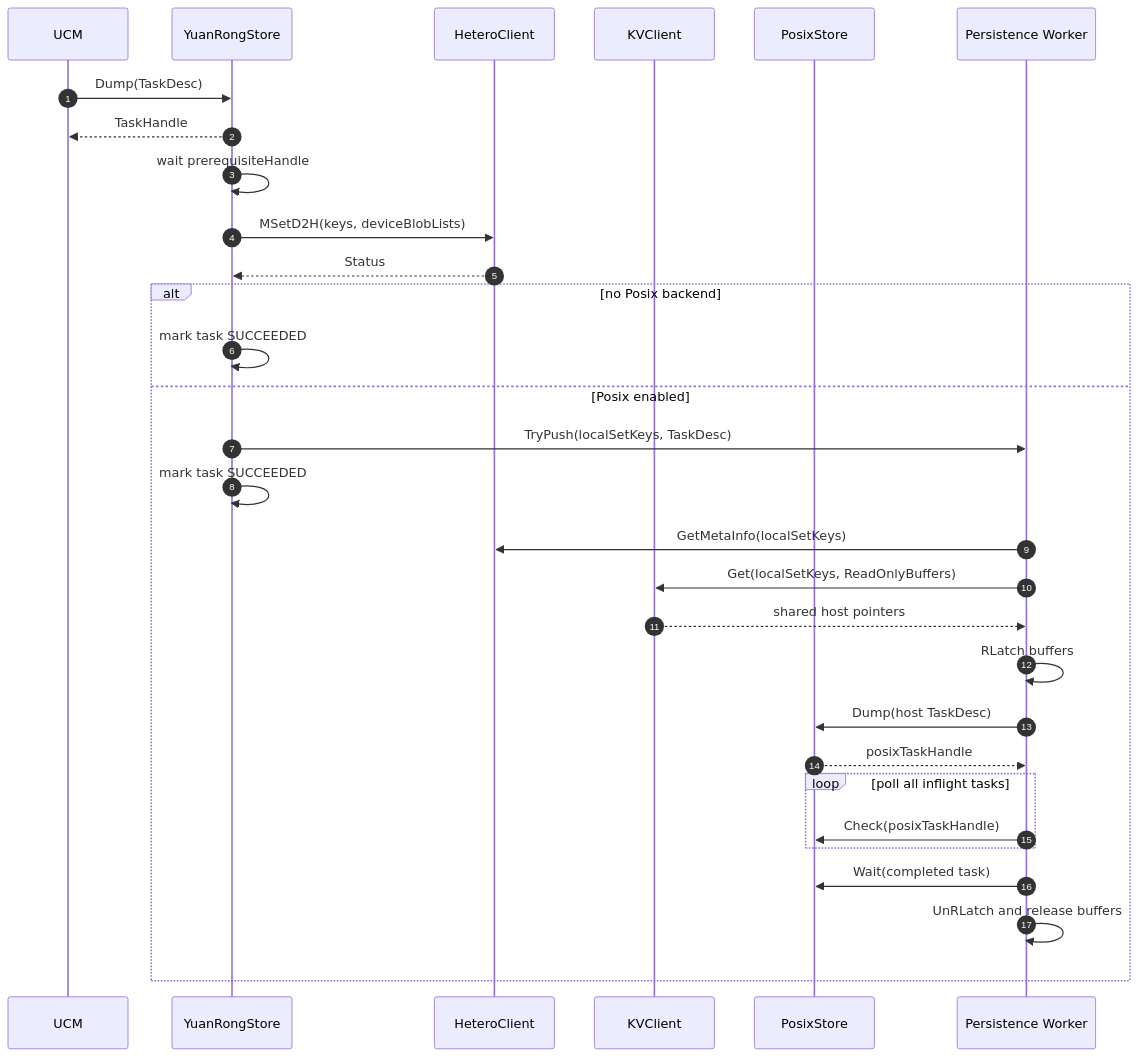
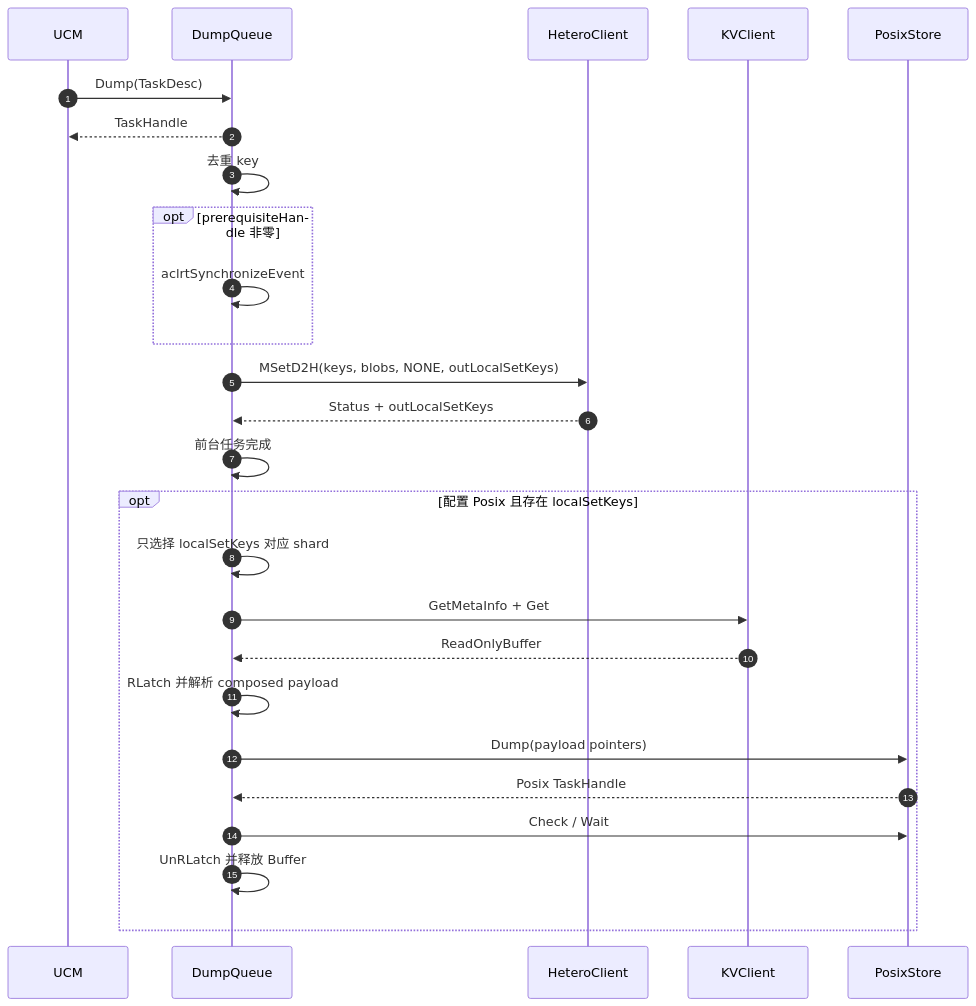
The third of 5 diagrams in yuanrong_store_adaptation_design.md (dante159753/unified-cache-management), drawn with Mermaid before and after one commit. The commit also changed other lines of this file, not shown here.

````diff
--- a/yuanrong_store_adaptation_design.md
+++ b/yuanrong_store_adaptation_design.md
@@ -170,36 +120,30 @@
 ```mermaid
 sequenceDiagram
     autonumber
-    participant UCM
-    participant YR as YuanRongStore
-    participant HC as HeteroClient
-    participant KC as KVClient
-    participant PX as PosixStore
-    participant BG as Persistence Worker
+    participant U as UCM
+    participant Q as DumpQueue
+    participant H as HeteroClient
+    participant K as KVClient
+    participant P as PosixStore
 
-    UCM->>YR: Dump(TaskDesc)
-    YR-->>UCM: TaskHandle
+    U->>Q: Dump(TaskDesc)
+    Q-->>U: TaskHandle
+    Q->>Q: 去重 key
+    opt prerequisiteHandle 非零
+        Q->>Q: aclrtSynchronizeEvent
+    end
+    Q->>H: MSetD2H(keys, blobs, NONE, outLocalSetKeys)
+    H-->>Q: Status + outLocalSetKeys
+    Q->>Q: 前台任务完成
 
-    YR->>YR: wait prerequisiteHandle
-    YR->>HC: MSetD2H(keys, deviceBlobLists)
-    HC-->>YR: Status
-
-    alt no Posix backend
-        YR->>YR: mark task SUCCEEDED
-    else Posix enabled
-        YR->>BG: TryPush(localSetKeys, TaskDesc)
-        YR->>YR: mark task SUCCEEDED
-
-        BG->>HC: GetMetaInfo(localSetKeys)
-        BG->>KC: Get(localSetKeys, ReadOnlyBuffers)
-        KC-->>BG: shared host pointers
-        BG->>BG: RLatch buffers
-        BG->>PX: Dump(host TaskDesc)
-        PX-->>BG: posixTaskHandle
-        loop poll all inflight tasks
-            BG->>PX: Check(posixTaskHandle)
-        end
-        BG->>PX: Wait(completed task)
-        BG->>BG: UnRLatch and release buffers
+    opt 配置 Posix 且存在 localSetKeys
+        Q->>Q: 只选择 localSetKeys 对应 shard
+        Q->>K: GetMetaInfo + Get
+        K-->>Q: ReadOnlyBuffer
+        Q->>Q: RLatch 并解析 composed payload
+        Q->>P: Dump(payload pointers)
+        P-->>Q: Posix TaskHandle
+        Q->>P: Check / Wait
+        Q->>Q: UnRLatch 并释放 Buffer
     end
 ```
````
